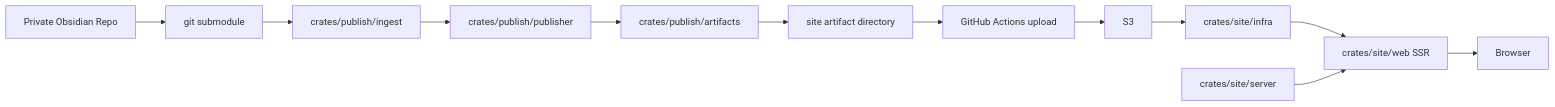
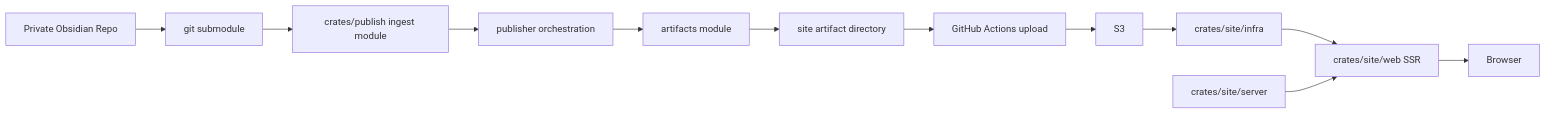
Before and after one commit to okawak/okawak_blog: the first of 4 diagrams in docs/architecture/architecture.md, drawn with Mermaid. The commit also changed other lines of this file and 35 other files, not shown here.

````diff
--- a/docs/architecture/architecture.md
+++ b/docs/architecture/architecture.md
@@ -22,14 +22,14 @@
 ```mermaid
 flowchart LR
     A[Private Obsidian Repo] --> B[git submodule]
-    B --> C[crates/publish/ingest]
-    C --> D[crates/publish/publisher]
-    D --> E[crates/publish/artifacts]
+    B --> C[crates/publish ingest module]
+    C --> D[publisher orchestration]
+    D --> E[artifacts module]
     E --> F[site artifact directory]
     F --> G[GitHub Actions upload]
     G --> H[S3]
     H --> I[crates/site/infra]
     I --> K[crates/site/web SSR]
     J[crates/site/server] --> K
     K --> L[Browser]
 ```
````
